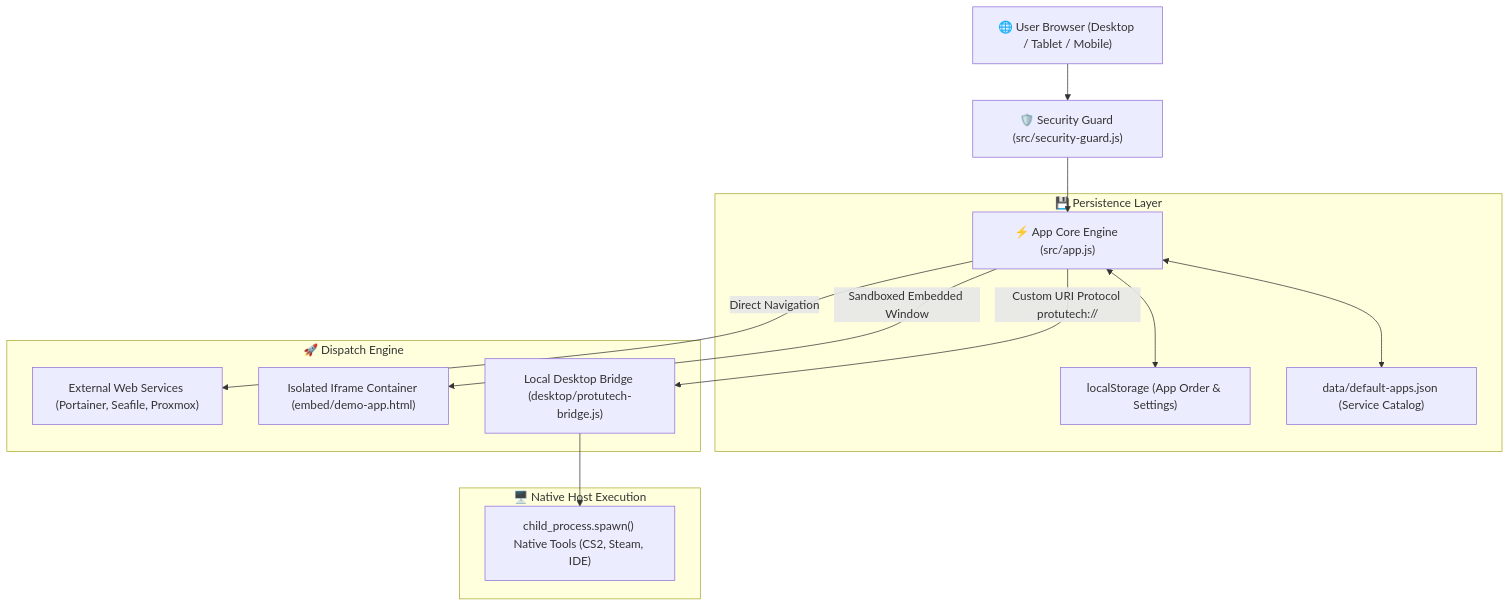
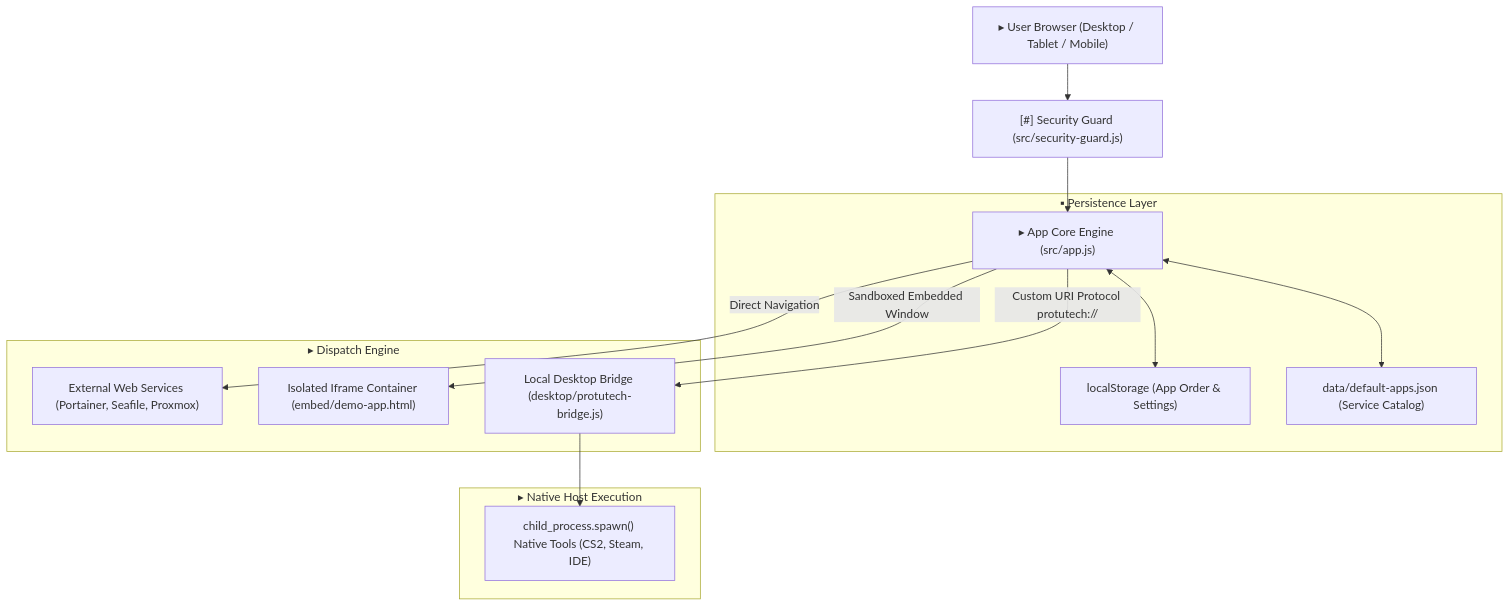
Before and after one commit to IAndrexI/documentation: the diagram in docs/apps/protutechdash/index.md, drawn with Mermaid. The commit also changed other lines of this file and 40 other files, not shown here.

Commit message:
feat: hide git stars/branches, collapse subcategories until tab selected, add high-res architecture SVG, auto-update script, basic monochrome glyphs, and line-by-line recreation blueprints with summaries

````diff
--- a/docs/apps/protutechdash/index.md
+++ b/docs/apps/protutechdash/index.md
@@ -7,20 +7,20 @@
 ```mermaid
 graph TD
-    Client["🌐 User Browser (Desktop / Tablet / Mobile)"] --> Guard["🛡️ Security Guard (src/security-guard.js)"]
-    Guard --> CoreApp["⚡ App Core Engine (src/app.js)"]
+    Client["▸ User Browser (Desktop / Tablet / Mobile)"] --> Guard["[#] Security Guard (src/security-guard.js)"]
+    Guard --> CoreApp["▸ App Core Engine (src/app.js)"]
     
-    subgraph StorageLayer["💾 Persistence Layer"]
+    subgraph StorageLayer["▪ Persistence Layer"]
         CoreApp <--> LocalStore["localStorage (App Order & Settings)"]
         CoreApp <--> DefaultJSON["data/default-apps.json (Service Catalog)"]
     end
 
-    subgraph ServiceDispatch["🚀 Dispatch Engine"]
+    subgraph ServiceDispatch["▸ Dispatch Engine"]
         CoreApp -->|Direct Navigation| WebLink["External Web Services (Portainer, Seafile, Proxmox)"]
         CoreApp -->|Sandboxed Embedded Window| SafeFrame["Isolated Iframe Container (embed/demo-app.html)"]
         CoreApp -->|Custom URI Protocol protutech://| BridgeAgent["Local Desktop Bridge (desktop/protutech-bridge.js)"]
     end
 
-    subgraph DesktopExecution["🖥️ Native Host Execution"]
+    subgraph DesktopExecution["▸ Native Host Execution"]
         BridgeAgent --> ProcessSpawn["child_process.spawn() Native Tools (CS2, Steam, IDE)"]
     end
 ```
````
